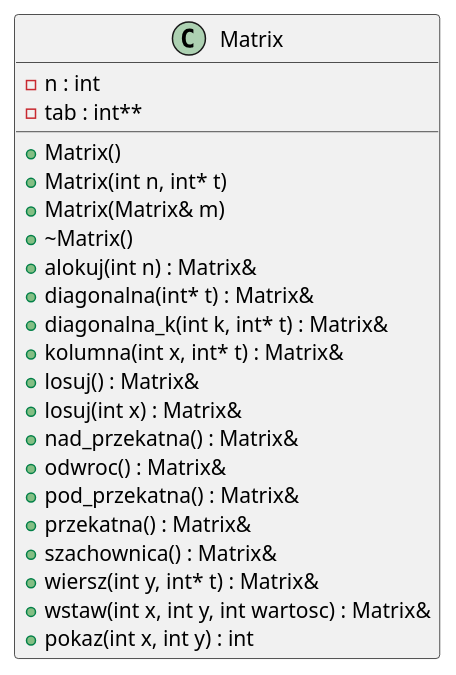
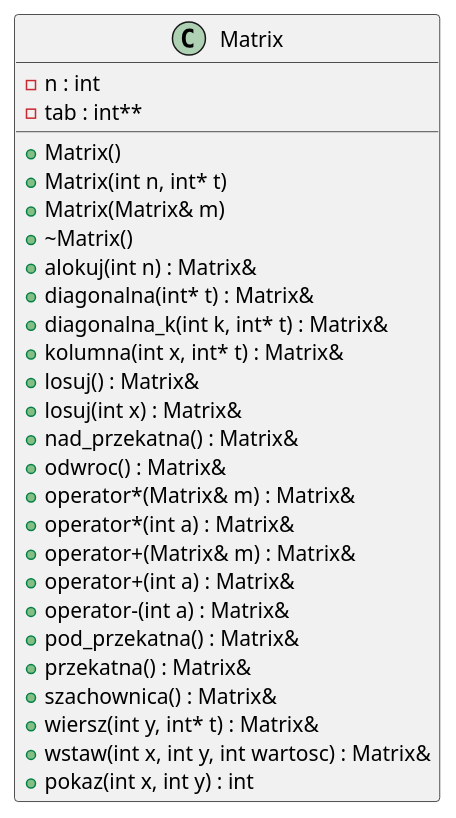
The diagram in inline_umlgraph_pnghtml.pu (kluchoo/Matrix), drawn with PlantUML before and after one commit. The commit also changed 11 other files, not shown here.

```diff
--- a/inline_umlgraph_pnghtml.pu
+++ b/inline_umlgraph_pnghtml.pu
@@ -1,25 +1,30 @@
 @startuml inline_umlgraph_1.png
 class Matrix {
 -n : int
 -tab : int**
 +Matrix()
 +Matrix(int n, int* t)
 +Matrix(Matrix& m)
 +~Matrix()
 +alokuj(int n) : Matrix&
 +diagonalna(int* t) : Matrix&
 +diagonalna_k(int k, int* t) : Matrix&
 +kolumna(int x, int* t) : Matrix&
 +losuj() : Matrix&
 +losuj(int x) : Matrix&
 +nad_przekatna() : Matrix&
 +odwroc() : Matrix&
++operator*(Matrix& m) : Matrix&
++operator*(int a) : Matrix&
++operator+(Matrix& m) : Matrix&
++operator+(int a) : Matrix&
++operator-(int a) : Matrix&
 +pod_przekatna() : Matrix&
 +przekatna() : Matrix&
 +szachownica() : Matrix&
 +wiersz(int y, int* t) : Matrix&
 +wstaw(int x, int y, int wartosc) : Matrix&
 +pokaz(int x, int y) : int
 
 }
 @enduml
```
